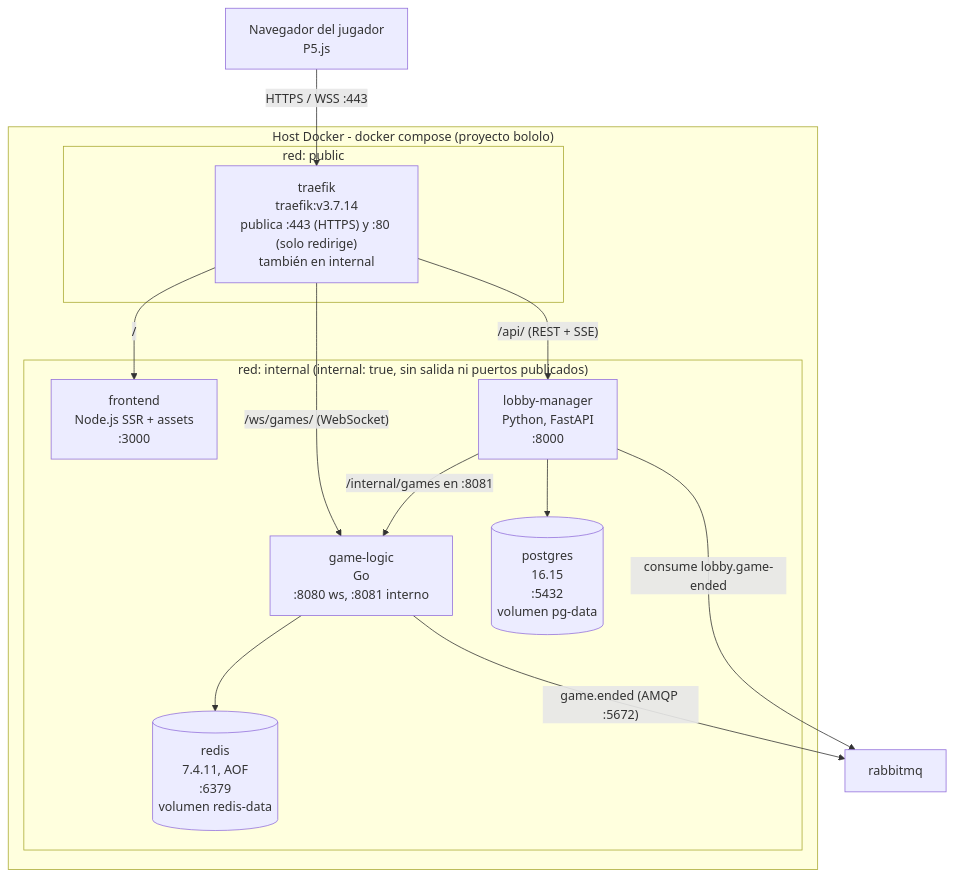
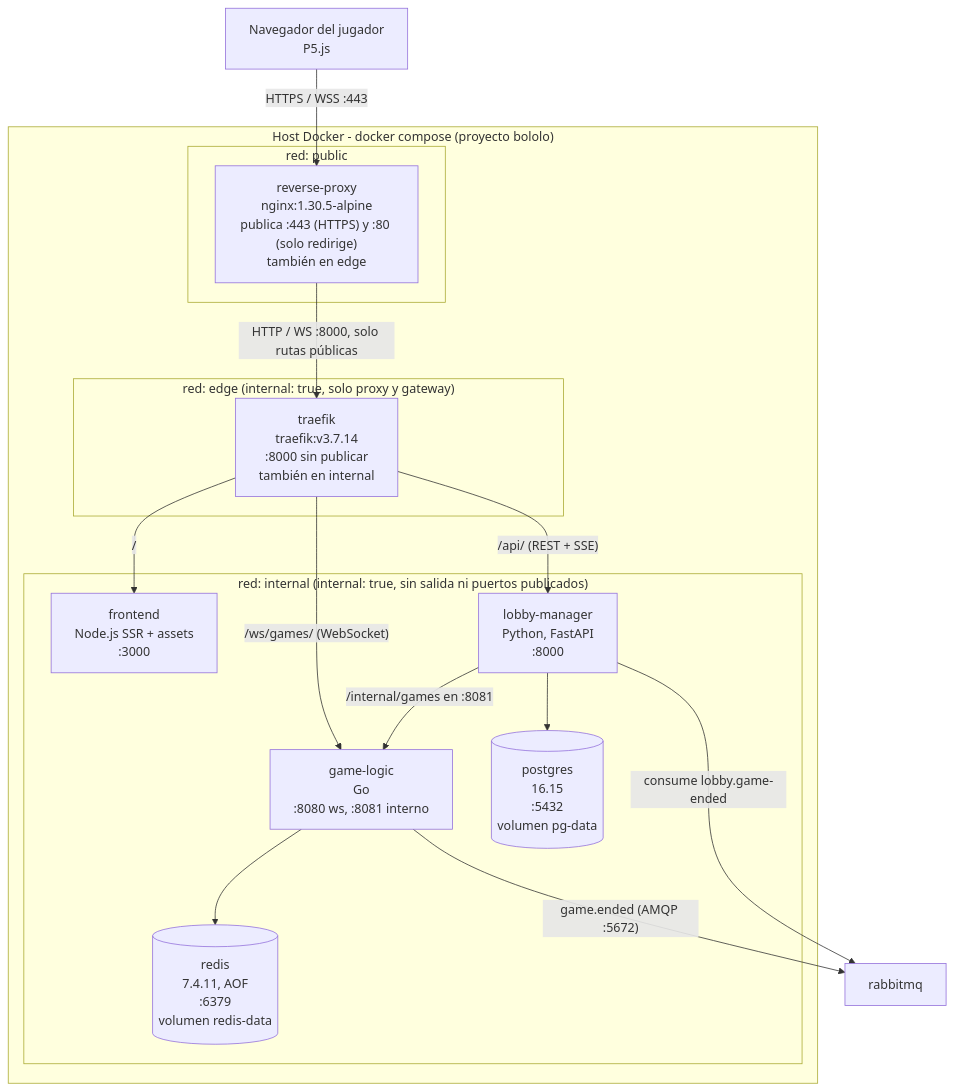
The diagram in docs/deployment.md (soetgdeznsgk/ArchSoft-Group1F), drawn with Mermaid before and after one commit. The commit also changed other lines of this file and 43 other files, not shown here.

Commit message:
Reverse Proxy (escenario 2): Nginx delante de Traefik

````diff
--- a/docs/deployment.md
+++ b/docs/deployment.md
@@ -55,27 +55,31 @@
 ```mermaid
 flowchart TB
     U["Navegador del jugador<br/>P5.js"]
 
     subgraph HOST["Host Docker - docker compose (proyecto bololo)"]
         subgraph PUB["red: public"]
-            TR["traefik<br/>traefik:v3.7.14<br/>publica :443 (HTTPS) y :80 (solo redirige)<br/>también en internal"]
+            RP["reverse-proxy<br/>nginx:1.30.5-alpine<br/>publica :443 (HTTPS) y :80 (solo redirige)<br/>también en edge"]
+        end
+        subgraph EDGE["red: edge (internal: true, solo proxy y gateway)"]
+            TR["traefik<br/>traefik:v3.7.14<br/>:8000 sin publicar<br/>también en internal"]
         end
         subgraph INT["red: internal (internal: true, sin salida ni puertos publicados)"]
             FE["frontend<br/>Node.js SSR + assets<br/>:3000"]
             LM["lobby-manager<br/>Python, FastAPI<br/>:8000"]
             GL["game-logic<br/>Go<br/>:8080 ws, :8081 interno"]
             PG[("postgres<br/>16.15<br/>:5432<br/>volumen pg-data")]
             RD[("redis<br/>7.4.11, AOF<br/>:6379<br/>volumen redis-data")]
         end
     end
 
-    U -->|"HTTPS / WSS :443"| TR
+    U -->|"HTTPS / WSS :443"| RP
+    RP -->|"HTTP / WS :8000, solo rutas públicas"| TR
     TR -->|"/"| FE
     TR -->|"/api/ (REST + SSE)"| LM
     TR -->|"/ws/games/ (WebSocket)"| GL
     LM -->|"/internal/games en :8081"| GL
     GL -->|"game.ended (AMQP :5672)"| MQ["rabbitmq"]
     LM -->|"consume lobby.game-ended"| MQ
     LM --> PG
     GL --> RD
 ```
````
